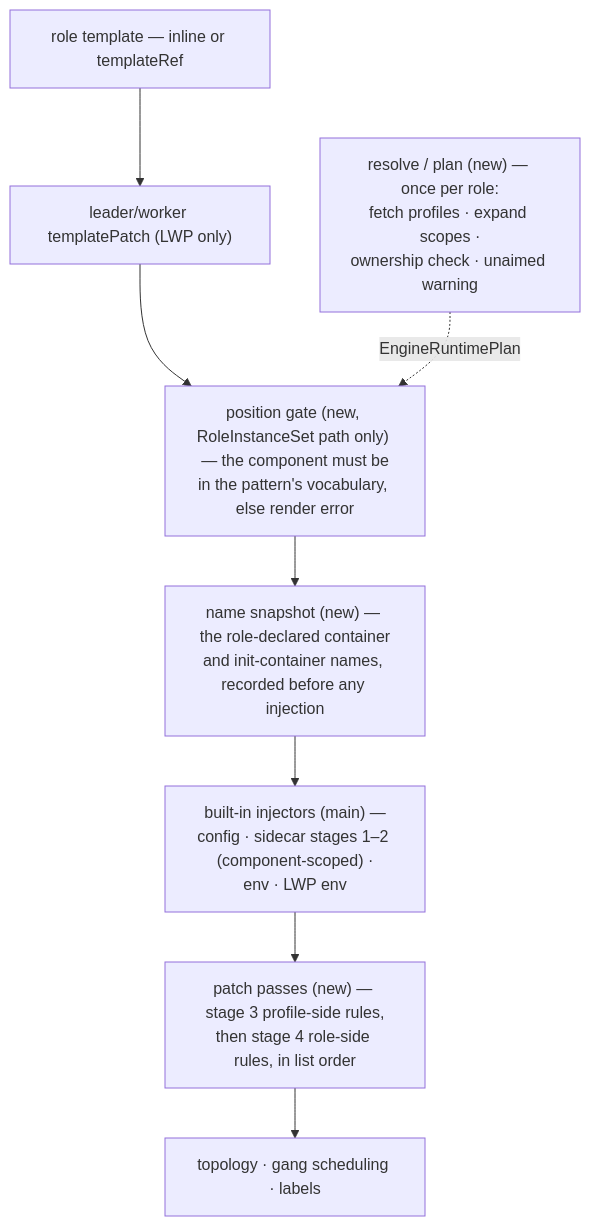
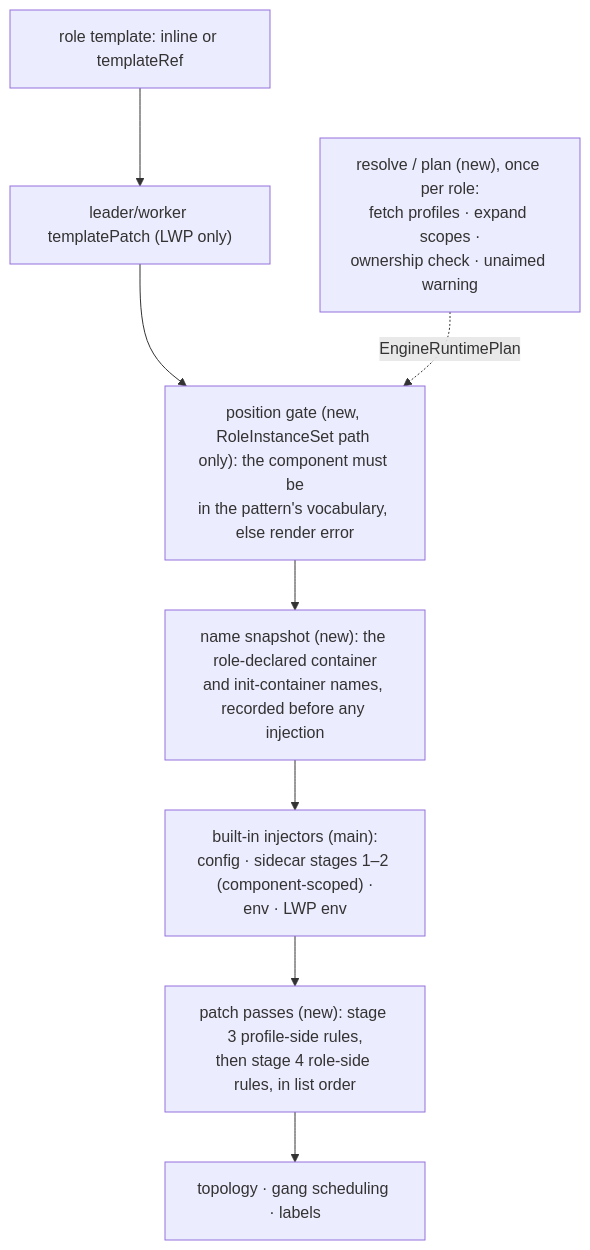
Before and after one commit to sgl-project/rbg: the diagram in keps/531-engine-runtime-profile-injection/README.md, drawn with Mermaid. The commit also changed other lines of this file, not shown here.

````diff
--- a/keps/531-engine-runtime-profile-injection/README.md
+++ b/keps/531-engine-runtime-profile-injection/README.md
@@ -844,13 +813,13 @@
 ```mermaid
 flowchart TB
-    R["resolve / plan (new) — once per role:<br/>fetch profiles · expand scopes ·<br/>ownership check · unaimed warning"]
-    T["role template — inline or templateRef"]
+    R["resolve / plan (new), once per role:<br/>fetch profiles · expand scopes ·<br/>ownership check · unaimed warning"]
+    T["role template: inline or templateRef"]
     M["leader/worker templatePatch (LWP only)"]
-    G["position gate (new, RoleInstanceSet path only) — the component must be<br/>in the pattern's vocabulary, else render error"]
-    S["name snapshot (new) — the role-declared container<br/>and init-container names, recorded before any injection"]
-    B["built-in injectors (main) —<br/>config · sidecar stages 1–2 (component-scoped) ·<br/>env · LWP env"]
-    P["patch passes (new) — stage 3 profile-side rules,<br/>then stage 4 role-side rules, in list order"]
+    G["position gate (new, RoleInstanceSet path only): the component must be<br/>in the pattern's vocabulary, else render error"]
+    S["name snapshot (new): the role-declared container<br/>and init-container names, recorded before any injection"]
+    B["built-in injectors (main):<br/>config · sidecar stages 1–2 (component-scoped) ·<br/>env · LWP env"]
+    P["patch passes (new): stage 3 profile-side rules,<br/>then stage 4 role-side rules, in list order"]
     X["topology · gang scheduling · labels"]
     T --> M --> G --> S --> B --> P --> X
     R -. "EngineRuntimePlan" .-> G
 ```
````
